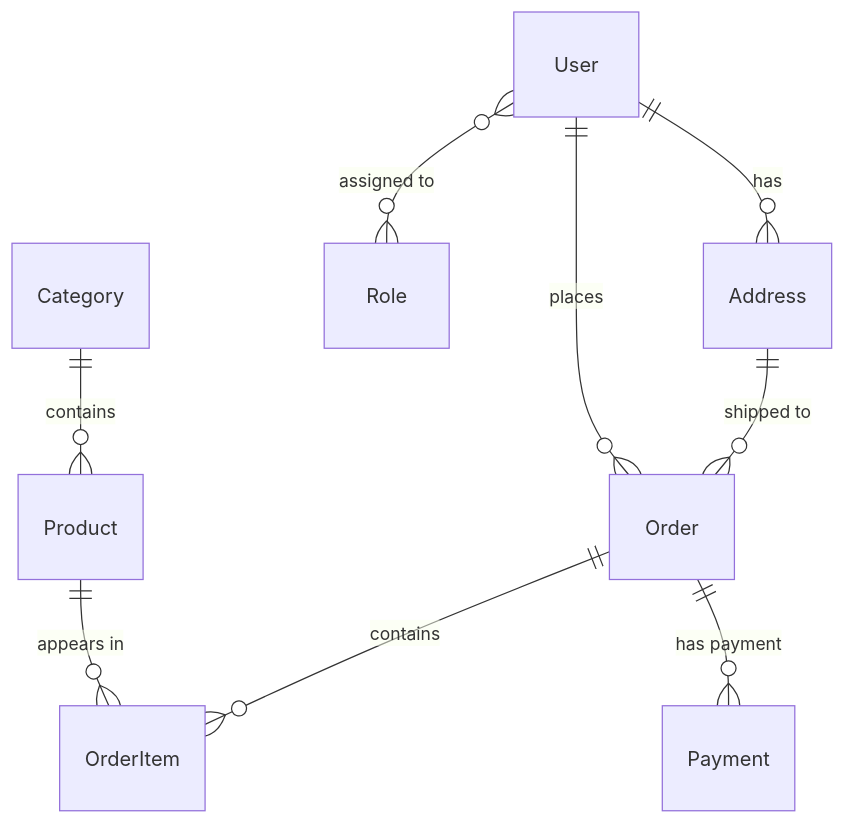
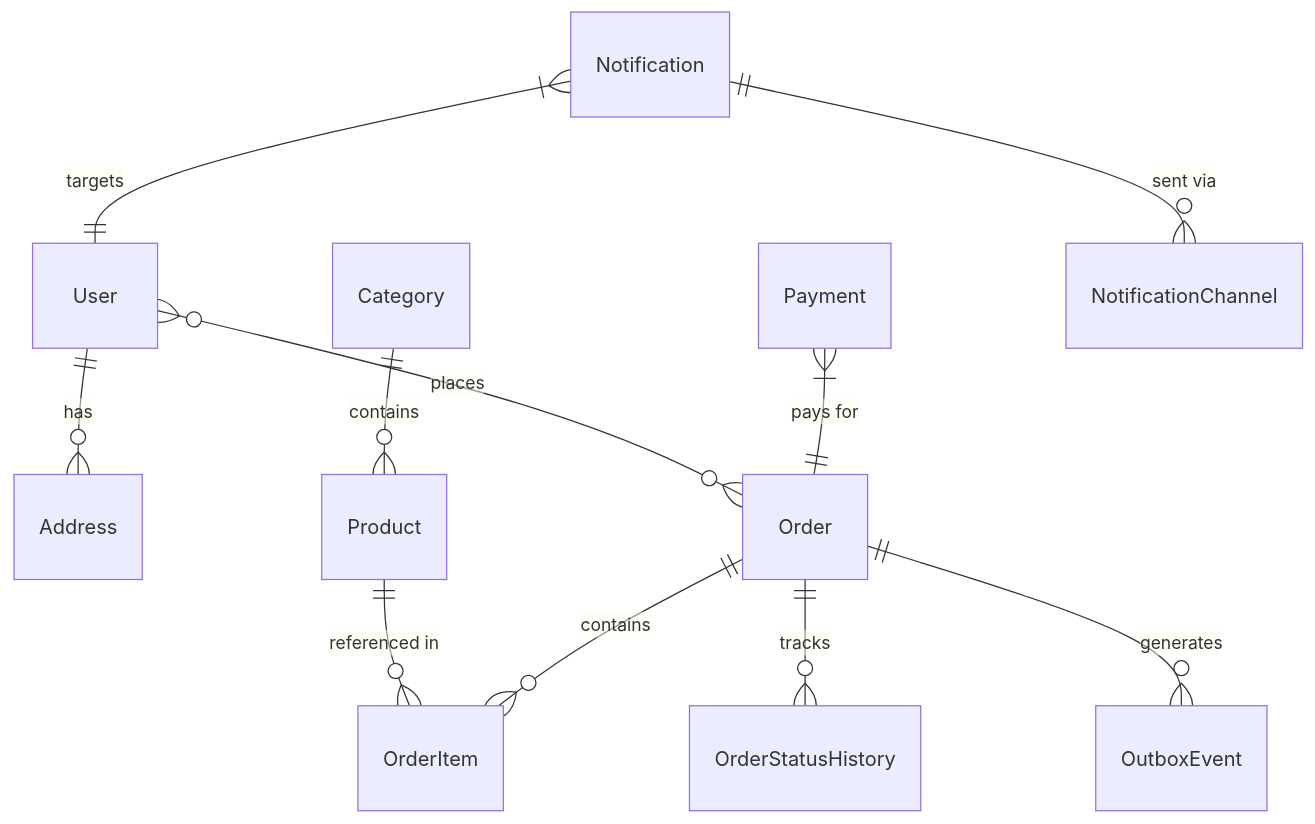
The diagram in prd/03-data-model-schema.md (AmitxParmar/modular-mart-microservices), drawn with Mermaid before and after one commit. The commit also changed other lines of this file and 13 other files, not shown here.

````diff
--- a/prd/03-data-model-schema.md
+++ b/prd/03-data-model-schema.md
@@ -112,14 +37,17 @@
 ```mermaid
 erDiagram
     User ||--o{ Address : has
-    User }o--o{ Role : "assigned to"
-
+    User }o--o{ Order : places
+    
     Category ||--o{ Product : contains
-    Product ||--o{ OrderItem : "appears in"
-
+    Product ||--o{ OrderItem : "referenced in"
+    
     Order ||--o{ OrderItem : contains
-    Order ||--o{ Payment : "has payment"
-
-    User ||--o{ Order : places
-    Address ||--o{ Order : "shipped to"
+    Order ||--o{ OrderStatusHistory : tracks
+    Order ||--o{ OutboxEvent : generates
+    
+    Payment }|--|| Order : "pays for"
+    
+    Notification }|--|| User : "targets"
+    Notification ||--o{ NotificationChannel : "sent via"
 ```
````
